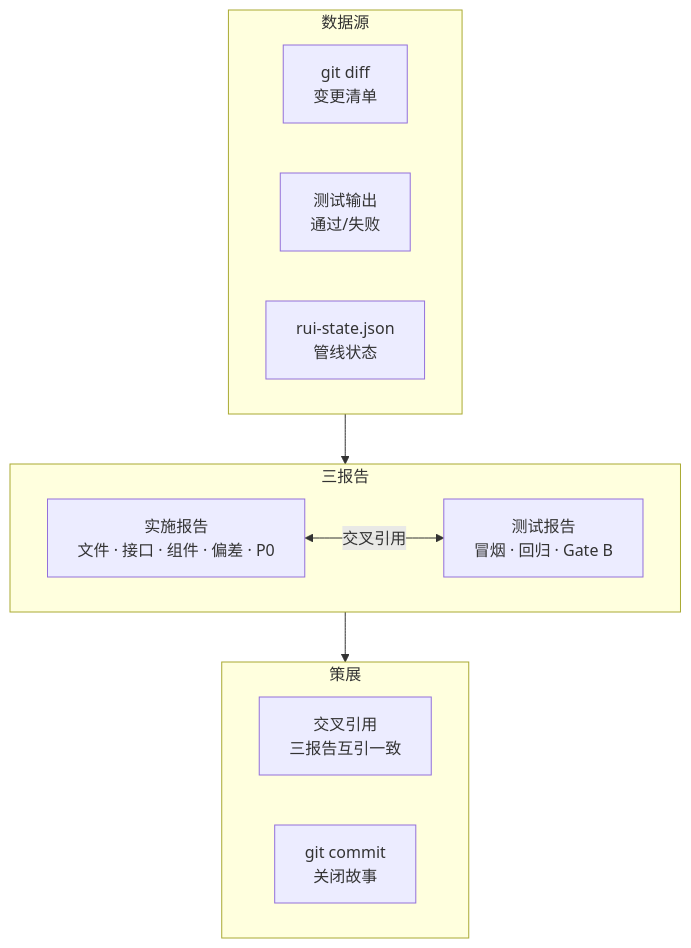
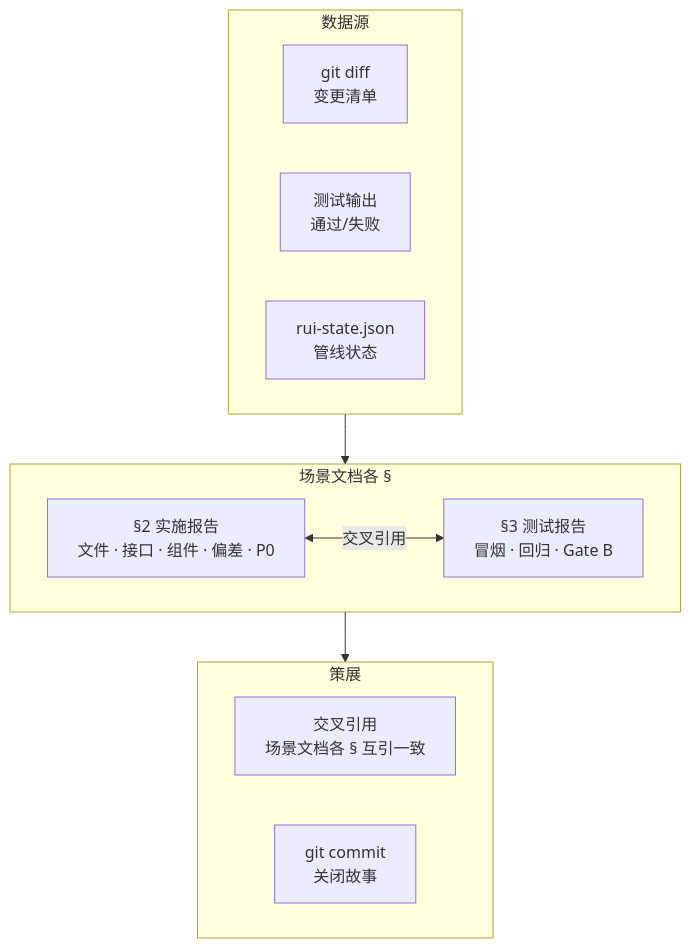
One commit to effiy/YrY changed the first of 6 diagrams in agents/reporter.md. Above: the diagram before and after it, drawn with Mermaid. The commit also changed other lines of this file and 37 other files, not shown here.

````diff
--- a/agents/reporter.md
+++ b/agents/reporter.md
@@ -15,23 +15,23 @@
 ```mermaid
 flowchart TB
     subgraph 输入["数据源"]
         DIFF["git diff<br/>变更清单"]:::src
         LOG["测试输出<br/>通过/失败"]:::src
         STATE["rui-state.json<br/>管线状态"]:::src
     end
 
-    subgraph 产出["三报告"]
-        B["实施报告<br/>文件 · 接口 · 组件 · 偏差 · P0"]:::rpt
-        T["测试报告<br/>冒烟 · 回归 · Gate B"]:::rpt
+    subgraph 产出["场景文档各 §"]
+        B["§2 实施报告<br/>文件 · 接口 · 组件 · 偏差 · P0"]:::rpt
+        T["§3 测试报告<br/>冒烟 · 回归 · Gate B"]:::rpt
     end
 
     subgraph 策展["策展"]
-        CC["交叉引用<br/>三报告互引一致"]:::curate
+        CC["交叉引用<br/>场景文档各 § 互引一致"]:::curate
         CM["git commit<br/>关闭故事"]:::curate
     end
 
     输入 --> 产出
     B <-->|交叉引用| T
     产出 --> 策展
 
 ```
````
